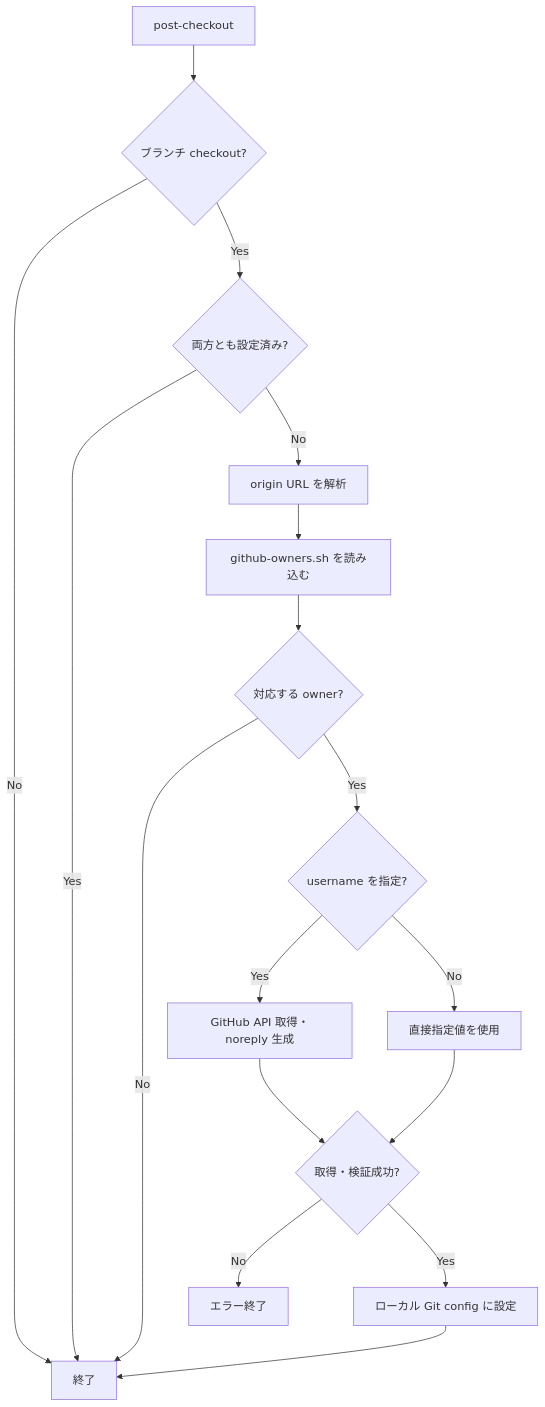
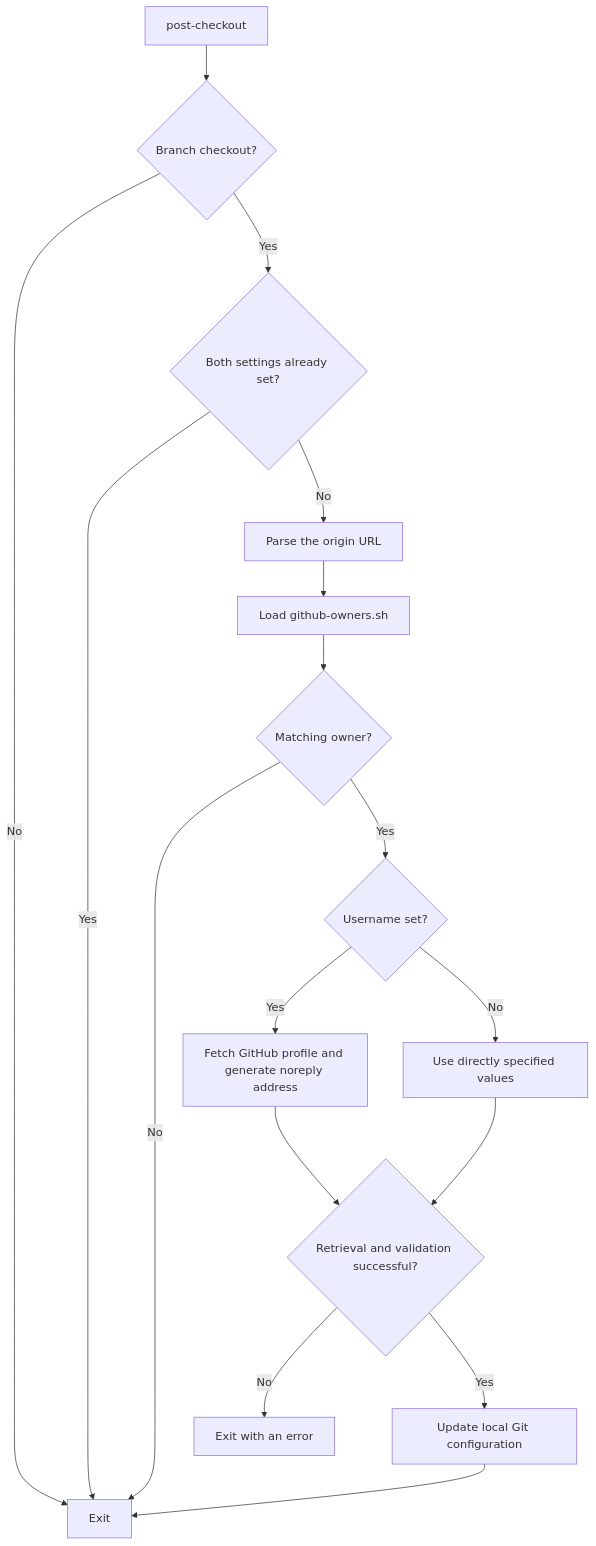
One commit to vast-cow/git-auto-identity changed the diagram in README.md. Above: the diagram before and after it, drawn with Mermaid. The commit also changed other lines of this file and 2 other files, not shown here.

````diff
--- a/README.md
+++ b/README.md
@@ -171,19 +171,19 @@
 ```mermaid
 flowchart TD
-    A[post-checkout] --> B{ブランチ checkout?}
-    B -- No --> Z[終了]
-    B -- Yes --> C{両方とも設定済み?}
+    A[post-checkout] --> B{Branch checkout?}
+    B -- No --> Z[Exit]
+    B -- Yes --> C{Both settings already set?}
     C -- Yes --> Z
-    C -- No --> D[origin URL を解析]
-    D --> M[github-owners.sh を読み込む]
-    M --> E{対応する owner?}
+    C -- No --> D[Parse the origin URL]
+    D --> M[Load github-owners.sh]
+    M --> E{Matching owner?}
     E -- No --> Z
-    E -- Yes --> F{username を指定?}
-    F -- Yes --> G[GitHub API 取得・noreply 生成]
-    F -- No --> H[直接指定値を使用]
-    G --> I{取得・検証成功?}
+    E -- Yes --> F{Username set?}
+    F -- Yes --> G[Fetch GitHub profile and generate noreply address]
+    F -- No --> H[Use directly specified values]
+    G --> I{Retrieval and validation successful?}
     H --> I
-    I -- No --> X[エラー終了]
-    I -- Yes --> J[ローカル Git config に設定]
+    I -- No --> X[Exit with an error]
+    I -- Yes --> J[Update local Git configuration]
     J --> Z
 ```
````
